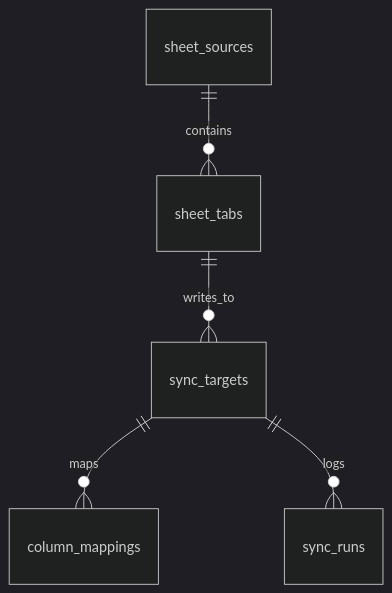
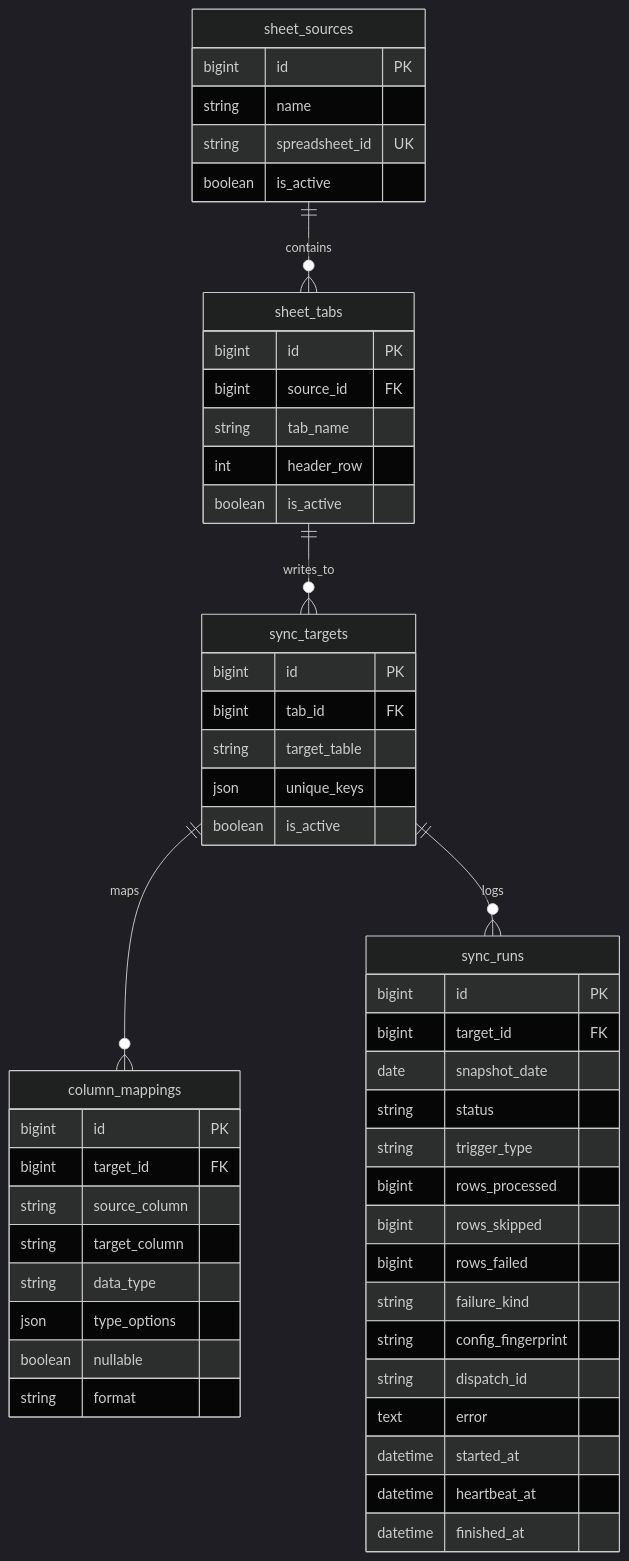
The second of 2 diagrams in README.md (VovichUA/bulls_test), drawn with Mermaid (dark theme) before and after one commit. The commit also changed other lines of this file and 9 other files, not shown here.

Commit message:
docs: add architecture, deployment guides, demo files, and UI screenshots

````diff
--- a/README.md
+++ b/README.md
@@ -388,7 +430,54 @@
 ```mermaid
 erDiagram
     sheet_sources ||--o{ sheet_tabs : contains
     sheet_tabs ||--o{ sync_targets : writes_to
     sync_targets ||--o{ column_mappings : maps
     sync_targets ||--o{ sync_runs : logs
+    sheet_sources {
+        bigint id PK
+        string name
+        string spreadsheet_id UK
+        boolean is_active
+    }
+    sheet_tabs {
+        bigint id PK
+        bigint source_id FK
+        string tab_name
+        int header_row
+        boolean is_active
+    }
+    sync_targets {
+        bigint id PK
+        bigint tab_id FK
+        string target_table
+        json unique_keys
+        boolean is_active
+    }
+    column_mappings {
+        bigint id PK
+        bigint target_id FK
+        string source_column
+        string target_column
+        string data_type
+        json type_options
+        boolean nullable
+        string format
+    }
+    sync_runs {
+        bigint id PK
+        bigint target_id FK
+        date snapshot_date
+        string status
+        string trigger_type
+        bigint rows_processed
+        bigint rows_skipped
+        bigint rows_failed
+        string failure_kind
+        string config_fingerprint
+        string dispatch_id
+        text error
+        datetime started_at
+        datetime heartbeat_at
+        datetime finished_at
+    }
 ```
````
